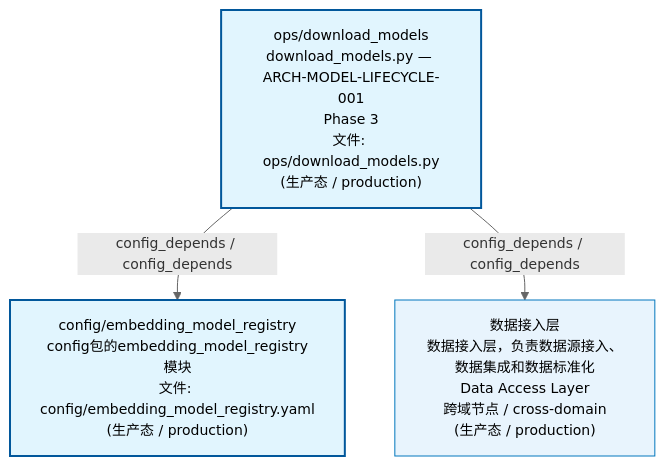
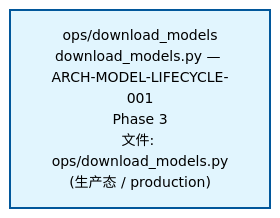
One commit to xuanFelixVan/ZephyrAlpha changed the first of 2 diagrams in docs/02_enterprise_architecture/02_domain_architecture_docs/04_d_infra_ops.md. Above: the diagram before and after it, drawn with Mermaid. The commit also changed other lines of this file and 47 other files, not shown here.

````diff
--- a/docs/02_enterprise_architecture/02_domain_architecture_docs/04_d_infra_ops.md
+++ b/docs/02_enterprise_architecture/02_domain_architecture_docs/04_d_infra_ops.md
@@ -53,15 +53,10 @@
 ```mermaid
 %%{init: {'theme': 'base', 'themeVariables': {'primaryColor': '#eaeaea', 'primaryTextColor': '#333333', 'primaryBorderColor': '#666666', 'lineColor': '#666666', 'secondaryColor': '#eaeaea', 'tertiaryColor': '#eaeaea', 'fontSize': '14px'}}}%%
 flowchart TD
     scripts_ops_download_models_py["ops/download_models<br/>download_models.py — ARCH-MODEL-LIFECYCLE-001<br/>Phase 3<br/>文件: ops/download_models.py<br/>(生产态 / production)"]
-    config_embedding_model_registry_yaml["config/embedding_model_registry<br/>config包的embedding_model_registry模块<br/>文件: config/embedding_model_registry.yaml<br/>(生产态 / production)"]
-    scripts_ops_download_models_py -->|config_depends / config_depends| config_embedding_model_registry_yaml
-    D_DATA["数据接入层<br/>数据接入层，负责数据源接入、数据集成和数据标准化<br/>Data Access Layer<br/>跨域节点 / cross-domain<br/>(生产态 / production)"]
-    scripts_ops_download_models_py -->|config_depends / config_depends| D_DATA
     classDef production fill:#e1f5fe,stroke:#01579b,stroke-width:2px,color:#000
     classDef design fill:#fff3e0,stroke:#e65100,stroke-width:2px,color:#000,stroke-dasharray: 5 5
     classDef external_prod fill:#e8f4fd,stroke:#0277bd,stroke-width:1px,color:#000
     classDef external_design fill:#fff8e7,stroke:#ef6c00,stroke-width:1px,color:#000,stroke-dasharray: 5 5
-    class config_embedding_model_registry_yaml,scripts_ops_download_models_py production
-    class D_DATA external_prod
+    class scripts_ops_download_models_py production
 ```
````
